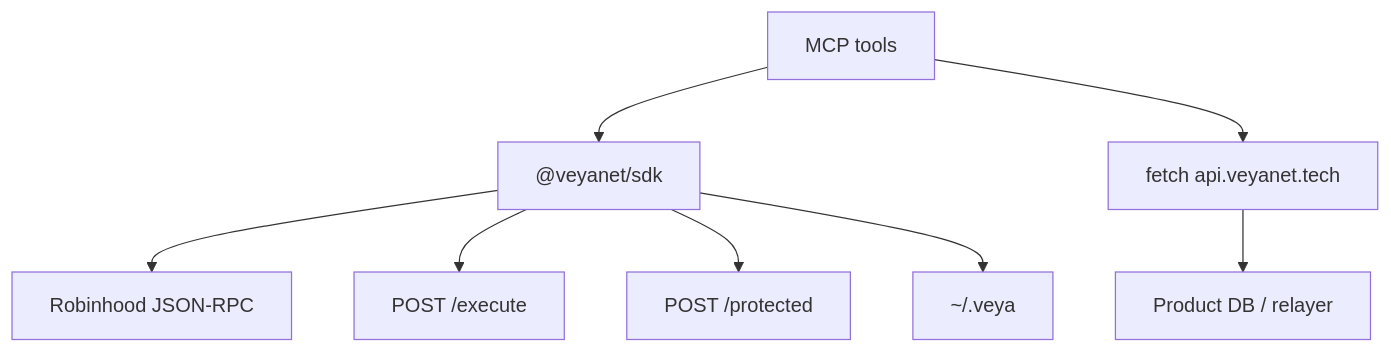
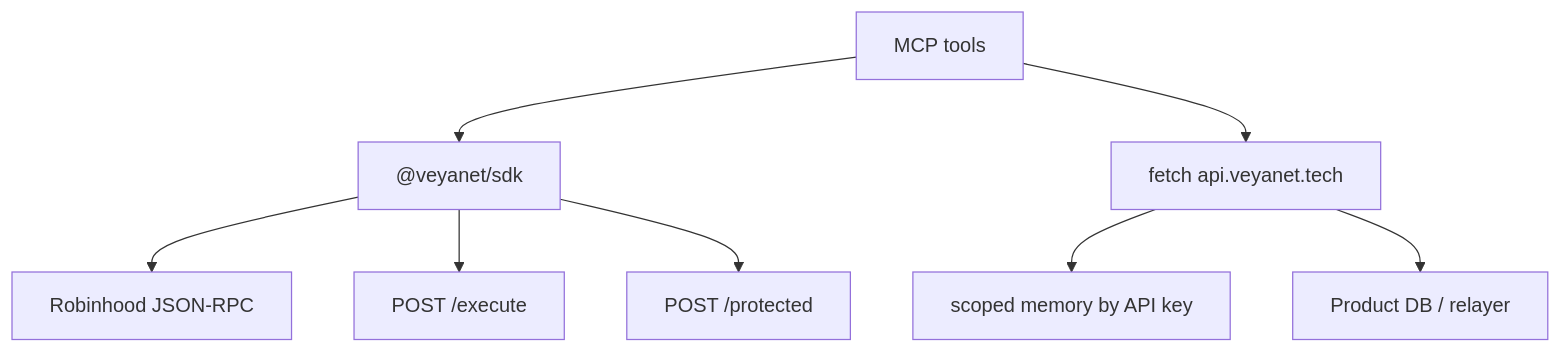
Before and after one commit to veyanet/veya-mcp: the diagram in docs/SDK_BRIDGE.md, drawn with Mermaid. The commit also changed other lines of this file, not shown here.

Commit message:
docs: pin sdk 1.2.8 in sdk bridge notes

````diff
--- a/docs/SDK_BRIDGE.md
+++ b/docs/SDK_BRIDGE.md
@@ -100,11 +100,11 @@
 ```mermaid
 flowchart TB
   Tools["MCP tools"]
   Tools --> SDK["@veyanet/sdk"]
   Tools --> API["fetch api.veyanet.tech"]
   SDK --> RPC["Robinhood JSON-RPC"]
   SDK --> VAL["POST /execute"]
   SDK --> SEAL["POST /protected"]
-  SDK --> DISK["~/.veya"]
+  API --> MEM["scoped memory by API key"]
   API --> PG["Product DB / relayer"]
 ```
````
